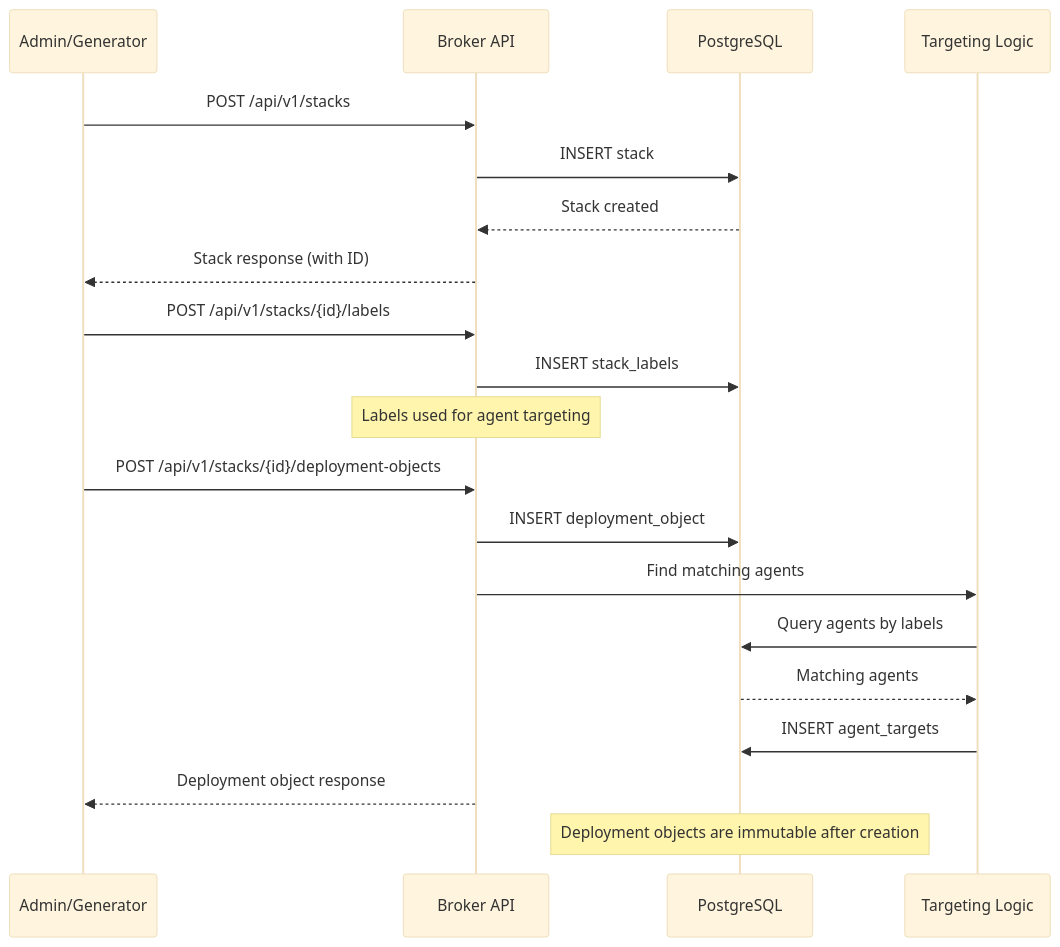
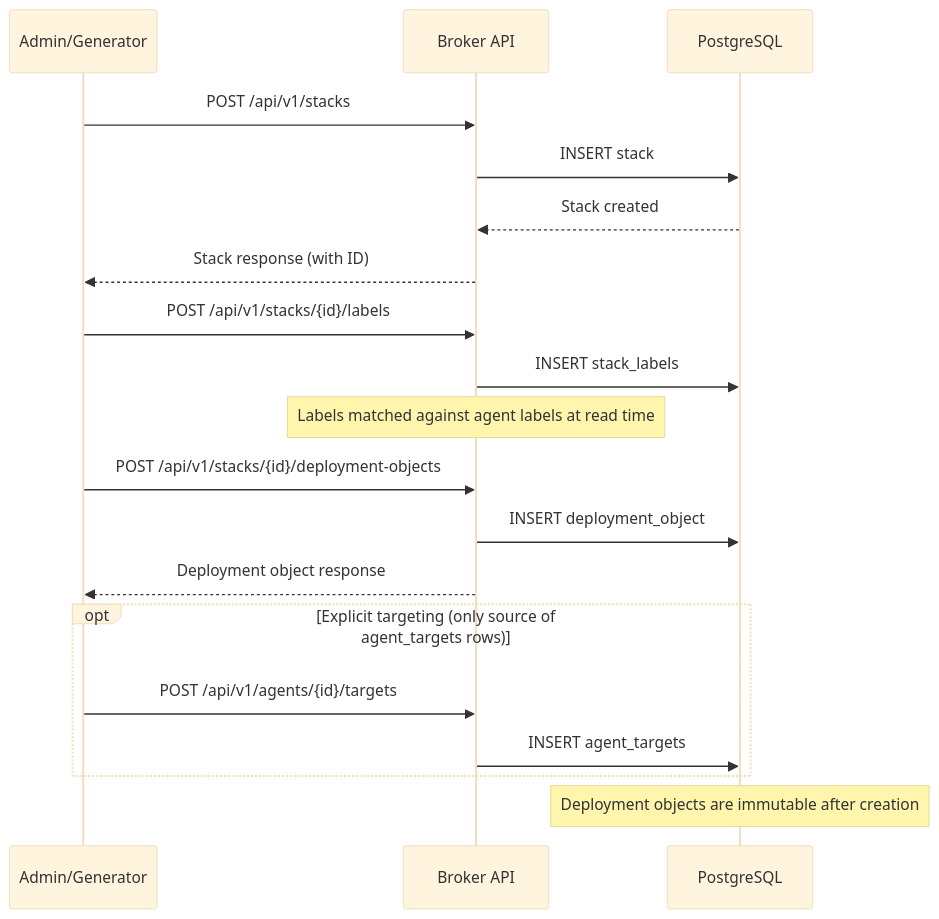
The first of 11 diagrams in docs/src/explanation/data-flows.md (colliery-io/brokkr), drawn with Mermaid (base theme) before and after one commit. The commit also changed other lines of this file and 178 other files, not shown here.

````diff
--- a/docs/src/explanation/data-flows.md
+++ b/docs/src/explanation/data-flows.md
@@ -13,26 +13,26 @@
 ```mermaid
 sequenceDiagram
     participant Client as Admin/Generator
     participant Broker as Broker API
     participant DB as PostgreSQL
-    participant Match as Targeting Logic
 
     Client->>Broker: POST /api/v1/stacks
     Broker->>DB: INSERT stack
     DB-->>Broker: Stack created
     Broker-->>Client: Stack response (with ID)
 
     Client->>Broker: POST /api/v1/stacks/{id}/labels
     Broker->>DB: INSERT stack_labels
-    Note over Broker: Labels used for agent targeting
+    Note over Broker: Labels matched against agent labels at read time
 
     Client->>Broker: POST /api/v1/stacks/{id}/deployment-objects
     Broker->>DB: INSERT deployment_object
-    Broker->>Match: Find matching agents
-    Match->>DB: Query agents by labels
-    DB-->>Match: Matching agents
-    Match->>DB: INSERT agent_targets
     Broker-->>Client: Deployment object response
+
+    opt Explicit targeting (only source of agent_targets rows)
+        Client->>Broker: POST /api/v1/agents/{id}/targets
+        Broker->>DB: INSERT agent_targets
+    end
 
     Note over DB: Deployment objects are immutable after creation
 ```
````
